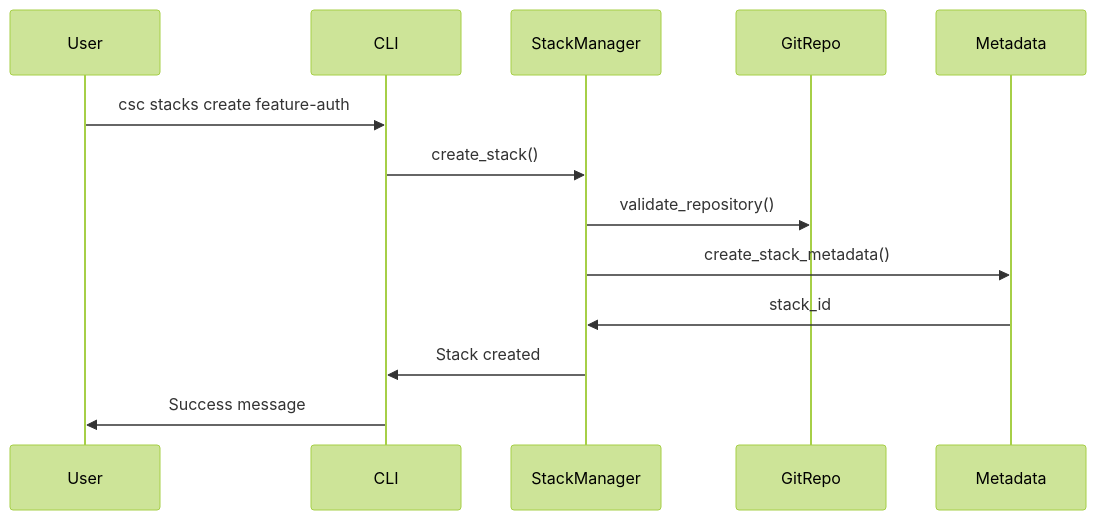
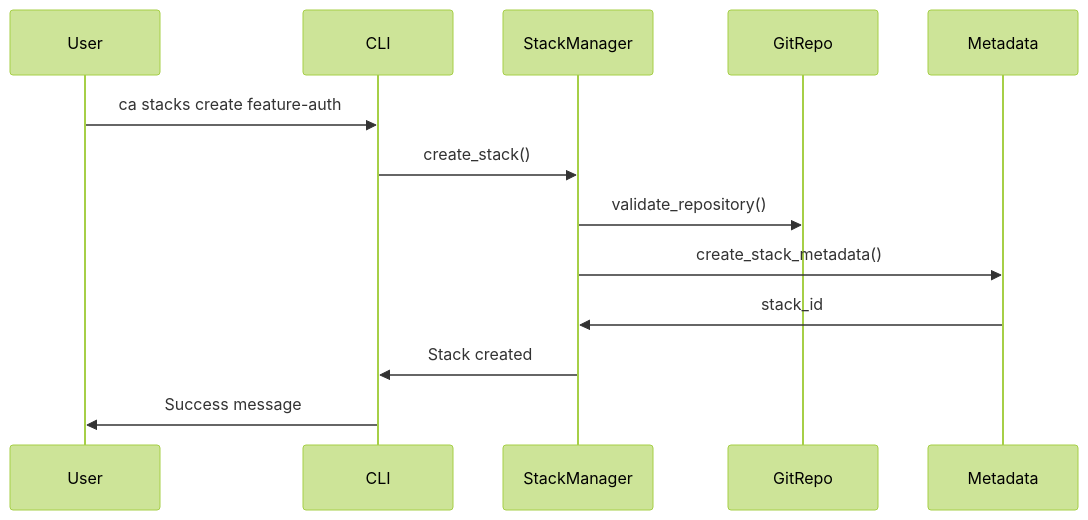
Before and after one commit to JAManfredi/cascade-cli: the second of 4 diagrams in docs/ARCHITECTURE.md, drawn with Mermaid (forest theme). The commit also changed 16 other files, not shown here.

````diff
--- a/docs/ARCHITECTURE.md
+++ b/docs/ARCHITECTURE.md
@@ -148,16 +148,16 @@
 ```mermaid
 sequenceDiagram
     participant User
     participant CLI
     participant StackManager
     participant GitRepo
     participant Metadata
 
-    User->>CLI: csc stacks create feature-auth
+    User->>CLI: ca stacks create feature-auth
     CLI->>StackManager: create_stack()
     StackManager->>GitRepo: validate_repository()
     StackManager->>Metadata: create_stack_metadata()
     Metadata->>StackManager: stack_id
     StackManager->>CLI: Stack created
     CLI->>User: Success message
 ```
````
